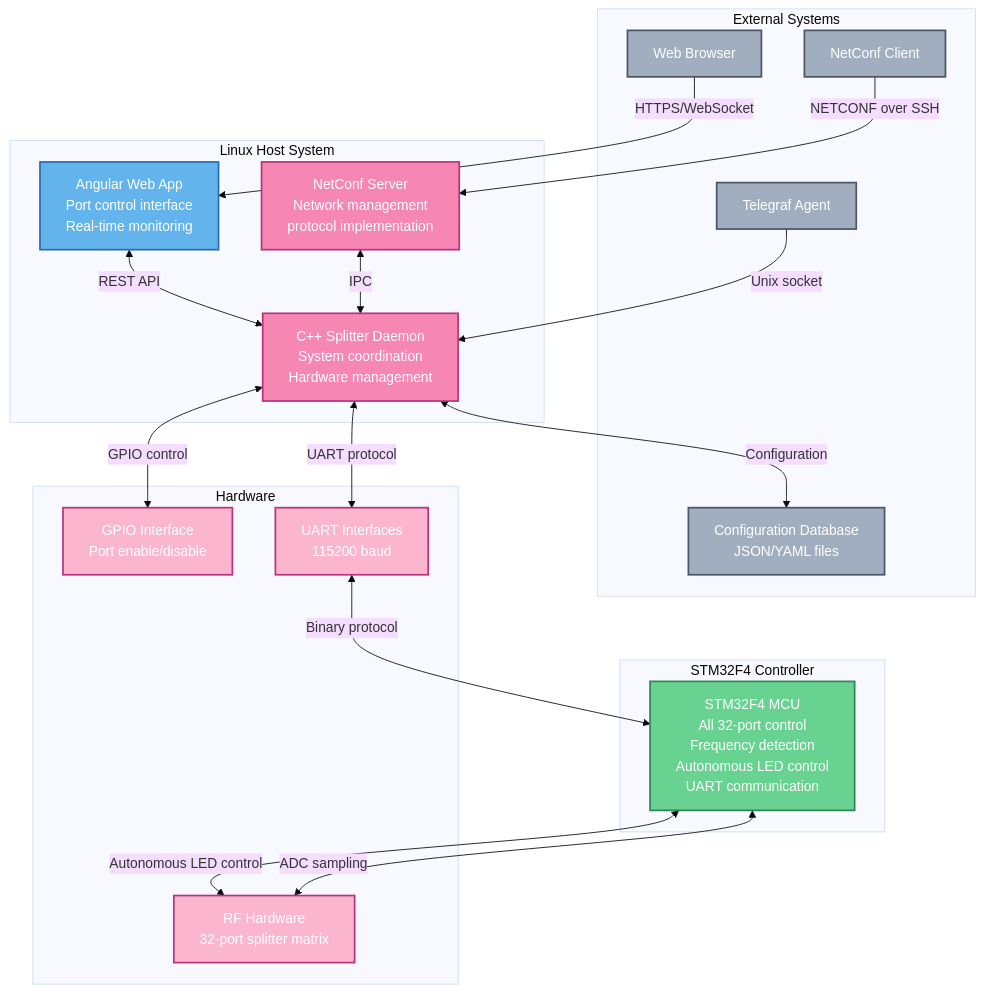
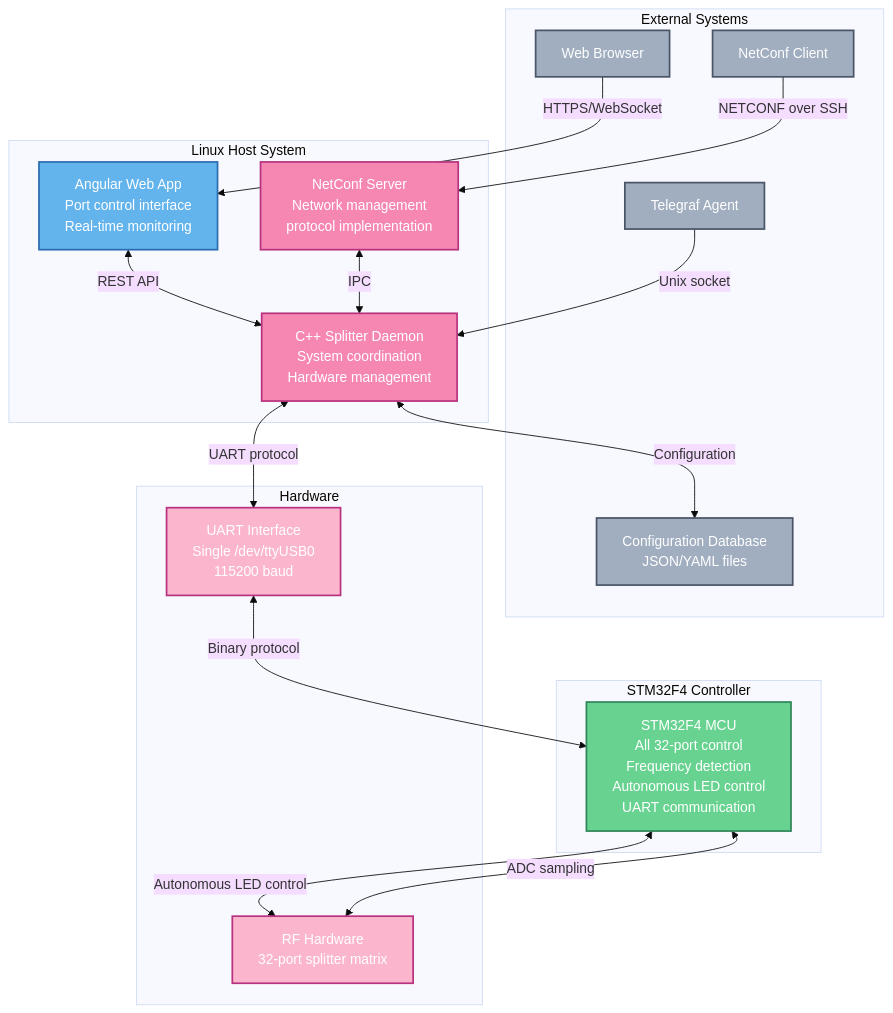
The second of 5 diagrams in README.md (alandovskis/lband-splitter), drawn with Mermaid (base theme) before and after one commit. The commit also changed other lines of this file, not shown here.

First line of the commit message:
Update README.md architecture documentation

````diff
--- a/README.md
+++ b/README.md
@@ -48,52 +48,50 @@
 ```mermaid
 graph TB
     subgraph "Linux Host System"
         WebApp[Angular Web App<br/>Port control interface<br/>Real-time monitoring]
         Daemon[C++ Splitter Daemon<br/>System coordination<br/>Hardware management]
         NetConfServer[NetConf Server<br/>Network management<br/>protocol implementation]
     end
     
     subgraph "STM32F4 Controller"
         STM32[STM32F4 MCU<br/>All 32-port control<br/>Frequency detection<br/>Autonomous LED control<br/>UART communication]
     end
     
     subgraph "External Systems"
         Browser[Web Browser]
         NetConfClient[NetConf Client]
         Monitoring[Telegraf Agent]
         Database[Configuration Database<br/>JSON/YAML files]
     end
     
     subgraph "Hardware"
-        GPIO[GPIO Interface<br/>Port enable/disable]
-        UART[UART Interfaces<br/>115200 baud]
+        UART[UART Interface<br/>Single /dev/ttyUSB0<br/>115200 baud]
         RF[RF Hardware<br/>32-port splitter matrix]
     end
     
     Browser -->|HTTPS/WebSocket| WebApp
     NetConfClient -->|NETCONF over SSH| NetConfServer
     Monitoring -->|Unix socket| Daemon
     
     WebApp <-->|REST API| Daemon
     NetConfServer <-->|IPC| Daemon
     
     Daemon <-->|Configuration| Database
-    Daemon <-->|GPIO control| GPIO
     Daemon <-->|UART protocol| UART
     
     UART <-->|Binary protocol| STM32
     STM32 <-->|Autonomous LED control| RF
     STM32 <-->|ADC sampling| RF
     
     classDef webapp fill:#63B3ED,stroke:#2B6CB0,stroke-width:2px,color:#fff
     classDef daemon fill:#F687B3,stroke:#B83280,stroke-width:2px,color:#fff
     classDef firmware fill:#68D391,stroke:#2F855A,stroke-width:2px,color:#fff
     classDef external fill:#A0AEC0,stroke:#4A5568,stroke-width:2px,color:#fff
     classDef hardware fill:#FBB6CE,stroke:#B83280,stroke-width:2px,color:#fff
     
     class WebApp webapp
     class Daemon,NetConfServer daemon
     class STM32 firmware
     class Browser,NetConfClient,Monitoring,Database external
     class GPIO,UART,RF hardware
 ```
````
